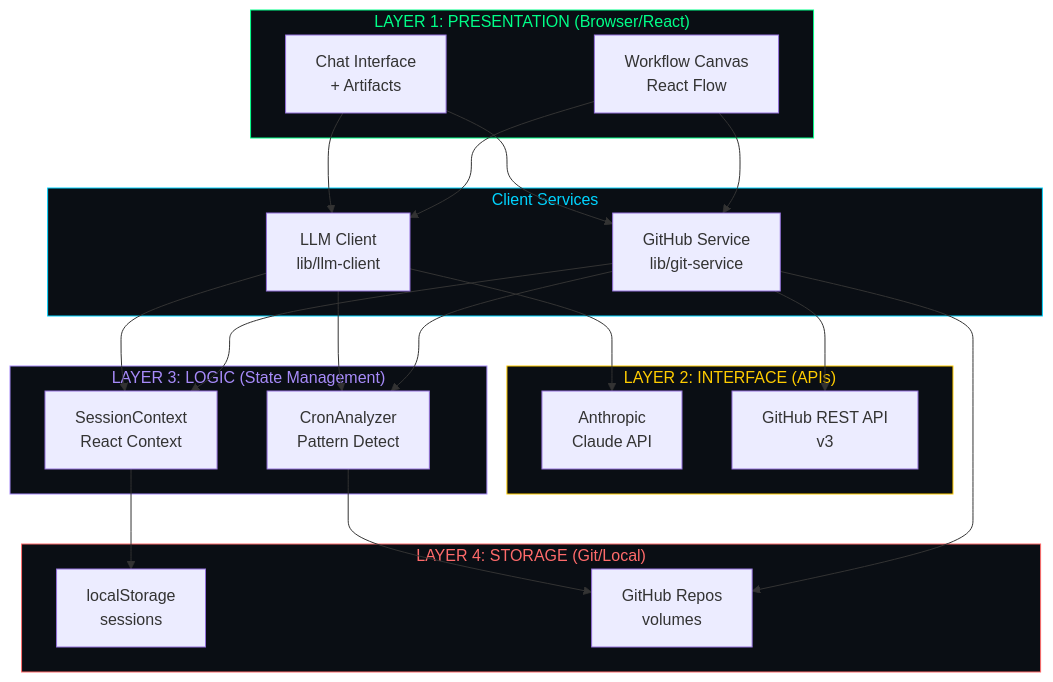
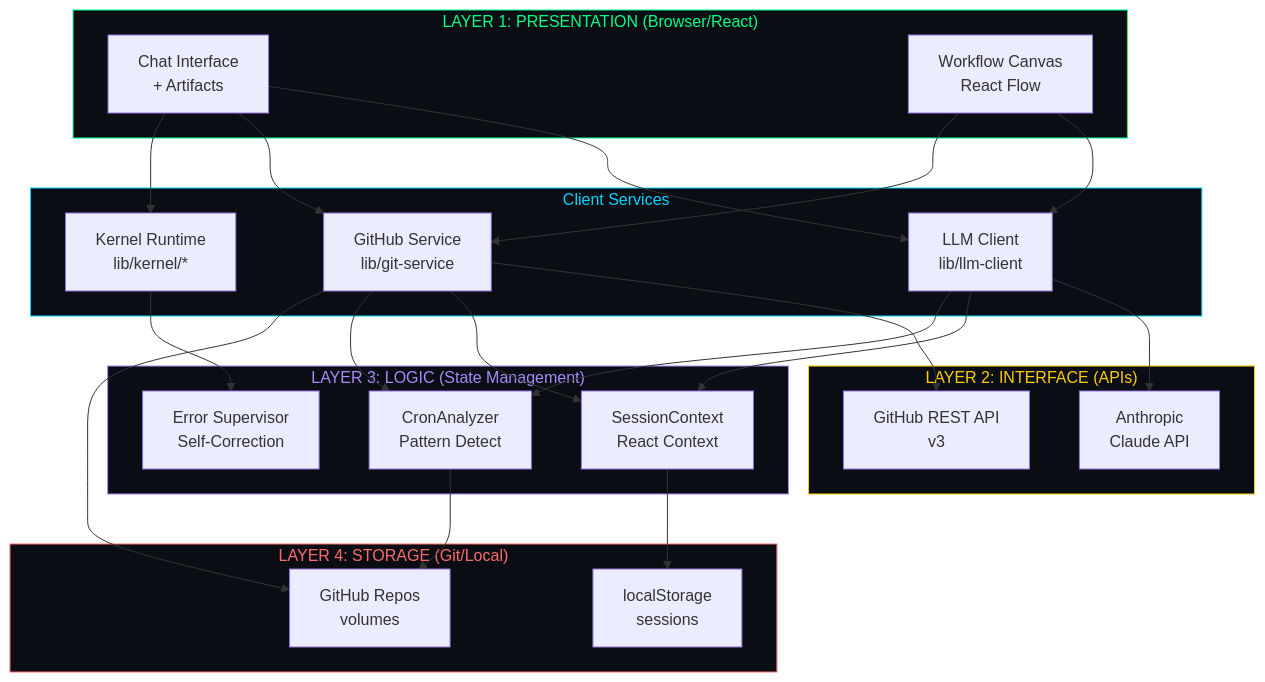
One commit to EvolvingAgentsLabs/llmos changed the first of 7 diagrams in ARCHITECTURE.md. Above: the diagram before and after it, drawn with Mermaid. The commit also changed other lines of this file and 10 other files, not shown here.

First line of the commit message:
Consolidate documentation into comprehensive ARCHITECTURE.md

````diff
--- a/ARCHITECTURE.md
+++ b/ARCHITECTURE.md
@@ -48,50 +57,54 @@
 ```mermaid
 graph TB
     subgraph Layer1["LAYER 1: PRESENTATION (Browser/React)"]
         A1[Chat Interface<br/>+ Artifacts]
         A2[Workflow Canvas<br/>React Flow]
     end
 
     subgraph Services["Client Services"]
         B1[LLM Client<br/>lib/llm-client]
         B2[GitHub Service<br/>lib/git-service]
+        B3[Kernel Runtime<br/>lib/kernel/*]
     end
 
     subgraph Layer2["LAYER 2: INTERFACE (APIs)"]
         C1[Anthropic<br/>Claude API]
         C2[GitHub REST API<br/>v3]
     end
 
     subgraph Layer3["LAYER 3: LOGIC (State Management)"]
         D1[SessionContext<br/>React Context]
         D2[CronAnalyzer<br/>Pattern Detect]
+        D3[Error Supervisor<br/>Self-Correction]
     end
 
     subgraph Layer4["LAYER 4: STORAGE (Git/Local)"]
         E1[localStorage<br/>sessions]
         E2[GitHub Repos<br/>volumes]
     end
 
     A1 --> B1
     A2 --> B1
     A1 --> B2
     A2 --> B2
+    A1 --> B3
 
     B1 --> C1
     B2 --> C2
 
     B1 --> D1
     B1 --> D2
     B2 --> D1
     B2 --> D2
+    B3 --> D3
 
     D1 --> E1
     D2 --> E2
     B2 --> E2
 
     style Layer1 fill:#0a0e14,stroke:#00ff88,color:#00ff88
     style Services fill:#0a0e14,stroke:#00d4ff,color:#00d4ff
     style Layer2 fill:#0a0e14,stroke:#ffcc00,color:#ffcc00
     style Layer3 fill:#0a0e14,stroke:#a78bfa,color:#a78bfa
     style Layer4 fill:#0a0e14,stroke:#ff6b6b,color:#ff6b6b
 ```
````
